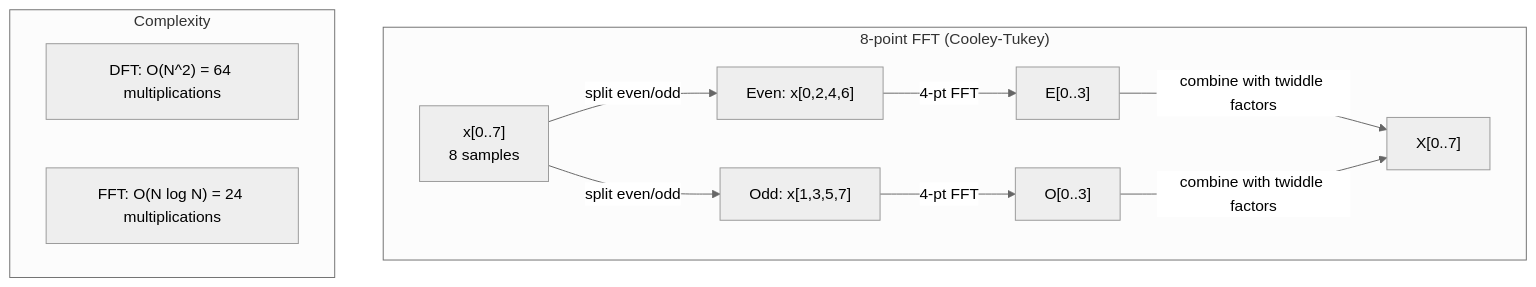
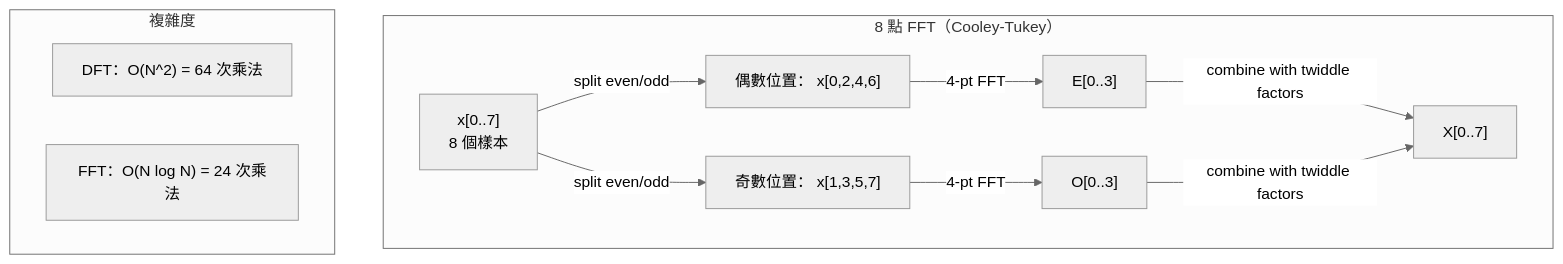
The first of 2 diagrams in i18n/zh-TW/phases/01-math-foundations/20-fourier-transform/docs/zh-TW.md (edward821220/ai-engineering-from-scratch), drawn with Mermaid (neutral theme) before and after one commit. The commit also changed other lines of this file and 123 other files, not shown here.

````diff
--- a/i18n/zh-TW/phases/01-math-foundations/20-fourier-transform/docs/zh-TW.md
+++ b/i18n/zh-TW/phases/01-math-foundations/20-fourier-transform/docs/zh-TW.md
@@ -93,15 +93,15 @@
 ```mermaid
 graph TD
-    subgraph "8-point FFT (Cooley-Tukey)"
-        X["x[0..7]<br/>8 samples"] -->|"split even/odd"| E["Even: x[0,2,4,6]"]
-        X -->|"split even/odd"| O["Odd: x[1,3,5,7]"]
+    subgraph "8 點 FFT（Cooley-Tukey）"
+        X["x[0..7]<br/>8 個樣本"] -->|"split even/odd"| E["偶數位置： x[0,2,4,6]"]
+        X -->|"split even/odd"| O["奇數位置： x[1,3,5,7]"]
         E -->|"4-pt FFT"| EK["E[0..3]"]
         O -->|"4-pt FFT"| OK["O[0..3]"]
         EK -->|"combine with twiddle factors"| XK["X[0..7]"]
         OK -->|"combine with twiddle factors"| XK
     end
-    subgraph "Complexity"
-        C1["DFT: O(N^2) = 64 multiplications"]
-        C2["FFT: O(N log N) = 24 multiplications"]
+    subgraph "複雜度"
+        C1["DFT：O(N^2) = 64 次乘法"]
+        C2["FFT：O(N log N) = 24 次乘法"]
     end
 ```
````
